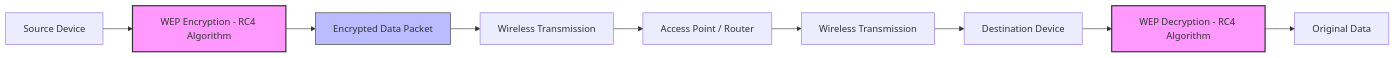
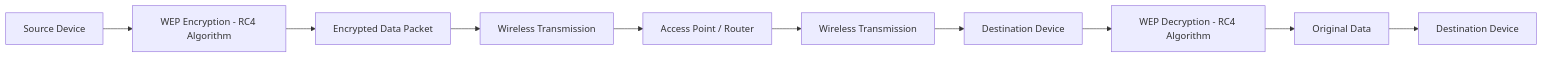
Before and after one commit to amandewatnitrr/hacking-tutorial: the first of 3 diagrams in ethical-hacking/lesson03.md, drawn with Mermaid. The commit also changed other lines of this file and 1 other file, not shown here.

````diff
--- a/ethical-hacking/lesson03.md
+++ b/ethical-hacking/lesson03.md
@@ -17,15 +17,12 @@
 ```mermaid
 flowchart LR
     A[Source Device] --> B["WEP Encryption - RC4 Algorithm"]
     B --> C[Encrypted Data Packet]
     C --> D[Wireless Transmission]
     D --> E[Access Point / Router]
     E --> F[Wireless Transmission]
     F --> G[Destination Device]
     G --> H["WEP Decryption - RC4 Algorithm"]
     H --> I[Original Data]
-
-    style B fill:#f9f,stroke:#333,stroke-width:2px
-    style H fill:#f9f,stroke:#333,stroke-width:2px
-    style C fill:#bbf,stroke:#333,stroke-width:1px
+    I --> J[Destination Device]
 ```
````
